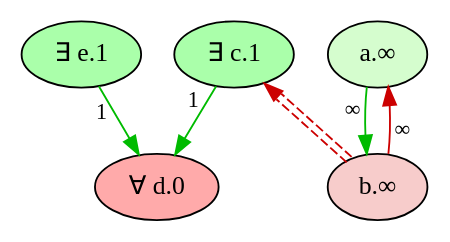
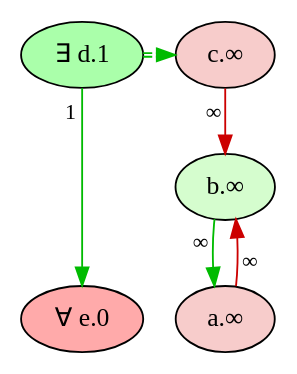
One commit to idaks/Games-and-Argumentation changed the diagram in Refactor/imgs/wm_graph_bl_2/unfactored_game_pw_2.dot. Above: the diagram before and after it, drawn with Graphviz. The commit also changed 85 other files, not shown here.

```diff
--- a/Refactor/imgs/wm_graph_bl_2/unfactored_game_pw_2.dot
+++ b/Refactor/imgs/wm_graph_bl_2/unfactored_game_pw_2.dot
@@ -1,16 +1,16 @@
 digraph {
     // Node defaults can be set here if needed
-    "d" [style="filled" fillcolor="#FFAAAA" label="∀ d.0" fontsize=14]
-    "e" [style="filled" fillcolor="#AAFFAA" label="∃ e.1" fontsize=14]
-    "c" [style="filled" fillcolor="#AAFFAA" label="∃ c.1" fontsize=14]
-    "a" [style="filled" fillcolor="#d5fdce" label="a.∞" fontsize=14]
-    "b" [style="filled" fillcolor="#f7cccb" label="b.∞" fontsize=14]
+    "e" [style="filled" fillcolor="#FFAAAA" label="∀ e.0" fontsize=14]
+    "d" [style="filled" fillcolor="#AAFFAA" label="∃ d.1" fontsize=14]
+    "b" [style="filled" fillcolor="#d5fdce" label="b.∞" fontsize=14]
+    "a" [style="filled" fillcolor="#f7cccb" label="a.∞" fontsize=14]
+    "c" [style="filled" fillcolor="#f7cccb" label="c.∞" fontsize=14]
     edge[labeldistance=1.5 fontsize=12]
-    "a" -> "b" [color="#00BB00" style="solid" dir="forward" taillabel="∞" ]
-    "b" -> "a" [color="#CC0000" style="solid" dir="forward" taillabel="∞" ]
-    "b" -> "c" [color="#CC0000:invis:#CC0000" style="dashed" dir="forward" taillabel="" constraint=false]
-    "c" -> "d" [color="#00BB00" style="solid" dir="forward" taillabel="1" ]
-    "e" -> "d" [color="#00BB00" style="solid" dir="forward" taillabel="1" ]
-    {rank = max d}
-    {rank = min e c}
+    "b" -> "a" [color="#00BB00" style="solid" dir="forward" taillabel="∞" ]
+    "a" -> "b" [color="#CC0000" style="solid" dir="forward" taillabel="∞" ]
+    "c" -> "b" [color="#CC0000" style="solid" dir="forward" taillabel="∞" ]
+    "d" -> "c" [color="#00BB00:#00BB00" style="dashed" dir="forward" taillabel="" constraint=false]
+    "d" -> "e" [color="#00BB00" style="solid" dir="forward" taillabel="1" ]
+    {rank = max e}
+    {rank = min d}
 }
```
